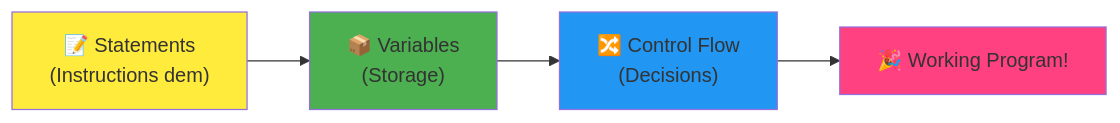
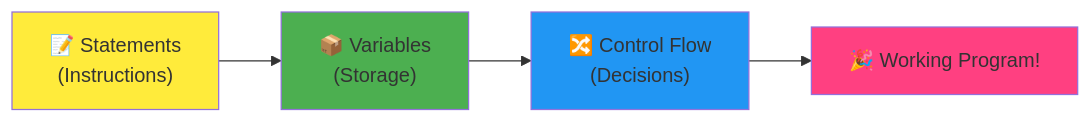
Before and after one commit to microsoft/Web-Dev-For-Beginners: the fourth of 7 diagrams in translations/pcm/1-getting-started-lessons/1-intro-to-programming-languages/README.md, drawn with Mermaid. The commit also changed other lines of this file and 11 other files, not shown here.

````diff
--- a/translations/pcm/1-getting-started-lessons/1-intro-to-programming-languages/README.md
+++ b/translations/pcm/1-getting-started-lessons/1-intro-to-programming-languages/README.md
@@ -467,9 +466,9 @@
 ```mermaid
 flowchart LR
-    A["📝 Statements<br/>(Instructions dem)"] --> B["📦 Variables<br/>(Storage)"] --> C["🔀 Control Flow<br/>(Decisions)"] --> D["🎉 Working Program!"]
+    A["📝 Statements<br/>(Instructions)"] --> B["📦 Variables<br/>(Storage)"] --> C["🔀 Control Flow<br/>(Decisions)"] --> D["🎉 Working Program!"]
     
     style A fill:#ffeb3b
     style B fill:#4caf50
     style C fill:#2196f3
     style D fill:#ff4081
-```
+```  
````
